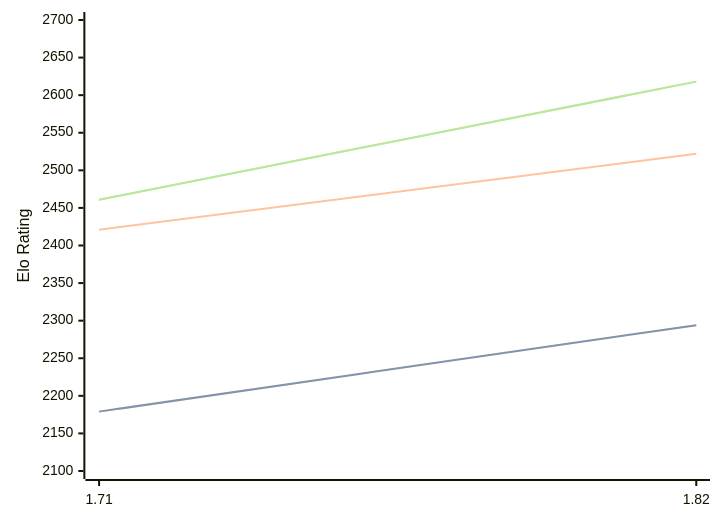
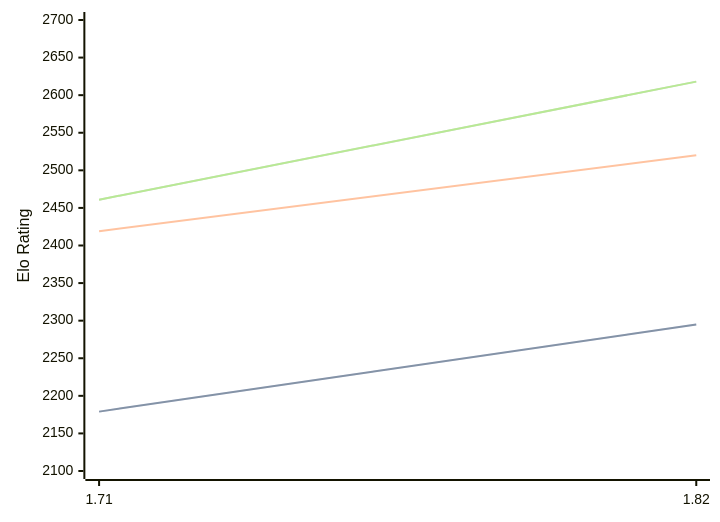
One commit to computer-chess-index/cci changed the diagram in engines/Amira.md. Above: the diagram before and after it, drawn with Mermaid. The commit also changed other lines of this file, not shown here.

````diff
--- a/engines/Amira.md
+++ b/engines/Amira.md
@@ -35,11 +35,11 @@
 ```mermaid
 %%{init: {"theme":"base","themeVariables":{"seriesColors:['#a3a3a3','#222221','#faa371']}}}%%
 xychart-beta
   x-axis ["1.71", "1.82"]
   y-axis "Elo Rating" 2100 --> 2700
-  line "STC (8.0+0.08s)" [2179, 2294]
-  line "STC (8.0+0.08s)" [2179, 2294]
-  line "LTC (60.0+0.60s)" [2421, 2522]
+  line "STC (8.0+0.08s)" [2179, 2295]
+  line "STC (8.0+0.08s)" [2179, 2295]
+  line "LTC (60.0+0.60s)" [2419, 2520]
   line "VLTC (2m24s+1.12s)" [2461, 2618]
   line "VLTC (2m24s+1.12s)" [2461, 2618]
 ```
````
